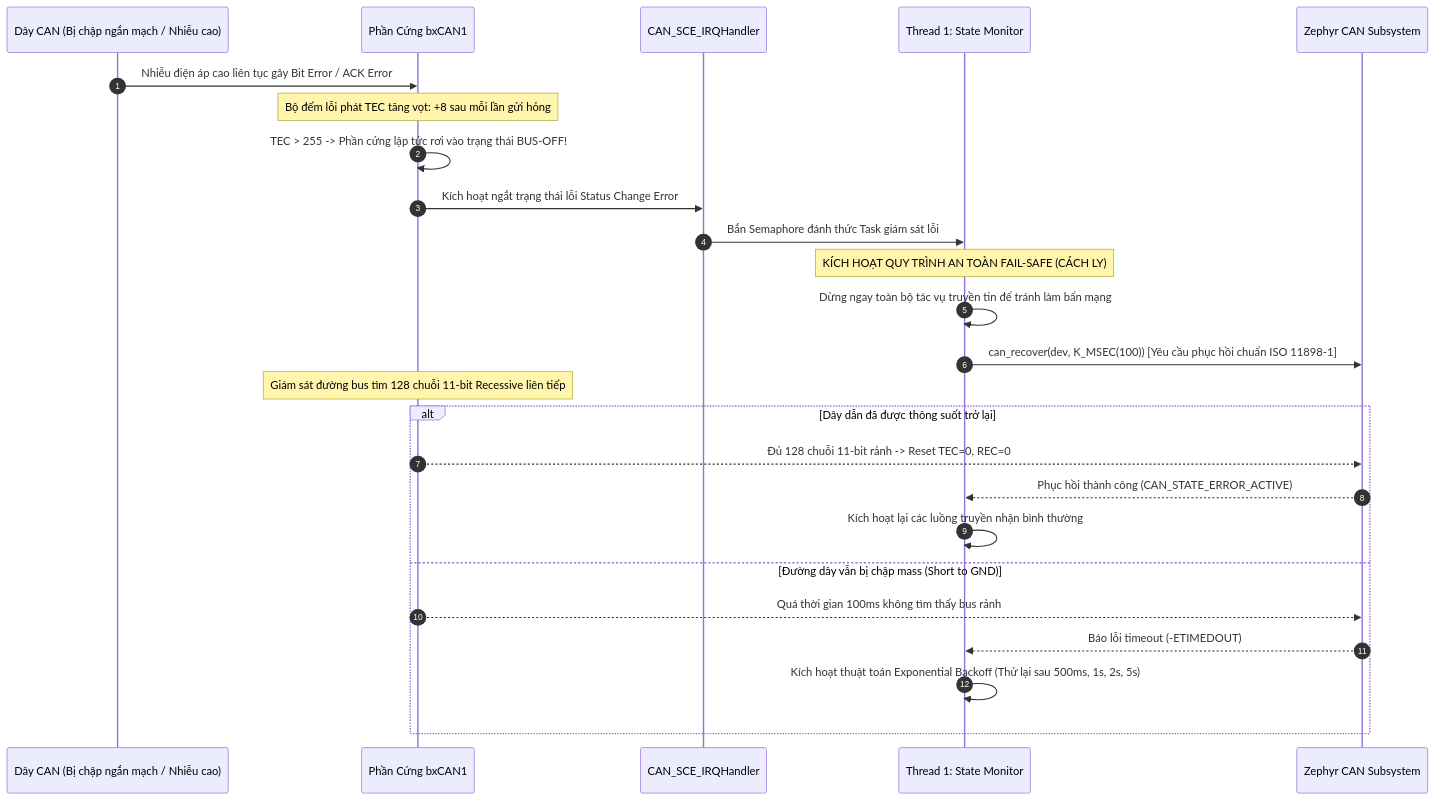
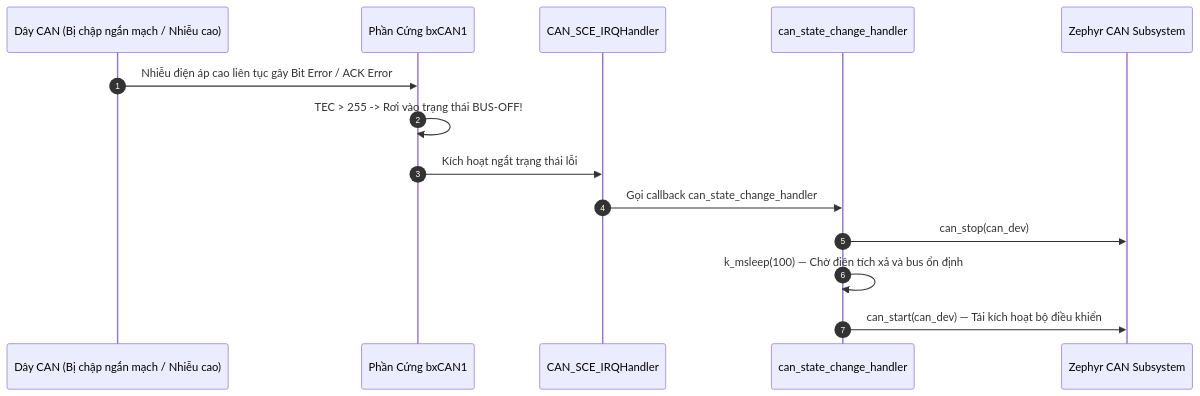
One commit to HuynhTran112/source changed the fourth of 4 diagrams in project1_can_gateway_interview.md. Above: the diagram before and after it, drawn with Mermaid. The commit also changed other lines of this file, not shown here.

````diff
--- a/project1_can_gateway_interview.md
+++ b/project1_can_gateway_interview.md
@@ -799,30 +599,17 @@
 ```mermaid
 sequenceDiagram
     autonumber
     participant Bus as Dây CAN (Bị chập ngắn mạch / Nhiễu cao)
     participant bxCAN as Phần Cứng bxCAN1
     participant ISR_SCE as CAN_SCE_IRQHandler
-    participant Mon as Thread 1: State Monitor
+    participant Mon as can_state_change_handler
     participant Z_CAN as Zephyr CAN Subsystem
 
     Bus->>bxCAN: Nhiễu điện áp cao liên tục gây Bit Error / ACK Error
-    Note over bxCAN: Bộ đếm lỗi phát TEC tăng vọt: +8 sau mỗi lần gửi hỏng
-    bxCAN->>bxCAN: TEC > 255 -> Phần cứng lập tức rơi vào trạng thái BUS-OFF!
-    bxCAN->>ISR_SCE: Kích hoạt ngắt trạng thái lỗi Status Change Error
-    
-    ISR_SCE->>Mon: Bắn Semaphore đánh thức Task giám sát lỗi
-    Note over Mon: KÍCH HOẠT QUY TRÌNH AN TOÀN FAIL-SAFE (CÁCH LY)
-    Mon->>Mon: Dừng ngay toàn bộ tác vụ truyền tin để tránh làm bẩn mạng
-    Mon->>Z_CAN: can_recover(dev, K_MSEC(100)) [Yêu cầu phục hồi chuẩn ISO 11898-1]
-    
-    Note over bxCAN: Giám sát đường bus tìm 128 chuỗi 11-bit Recessive liên tiếp
-    alt Dây dẫn đã được thông suốt trở lại
-        bxCAN-->>Z_CAN: Đủ 128 chuỗi 11-bit rảnh -> Reset TEC=0, REC=0
-        Z_CAN-->>Mon: Phục hồi thành công (CAN_STATE_ERROR_ACTIVE)
-        Mon->>Mon: Kích hoạt lại các luồng truyền nhận bình thường
-    else Đường dây vẫn bị chập mass (Short to GND)
-        bxCAN-->>Z_CAN: Quá thời gian 100ms không tìm thấy bus rảnh
-        Z_CAN-->>Mon: Báo lỗi timeout (-ETIMEDOUT)
-        Mon->>Mon: Kích hoạt thuật toán Exponential Backoff (Thử lại sau 500ms, 1s, 2s, 5s)
-    end
+    bxCAN->>bxCAN: TEC > 255 -> Rơi vào trạng thái BUS-OFF!
+    bxCAN->>ISR_SCE: Kích hoạt ngắt trạng thái lỗi
+    ISR_SCE->>Mon: Gọi callback can_state_change_handler
+    Mon->>Z_CAN: can_stop(can_dev)
+    Mon->>Mon: k_msleep(100) — Chờ điện tích xả và bus ổn định
+    Mon->>Z_CAN: can_start(can_dev) — Tái kích hoạt bộ điều khiển
 ```
````
